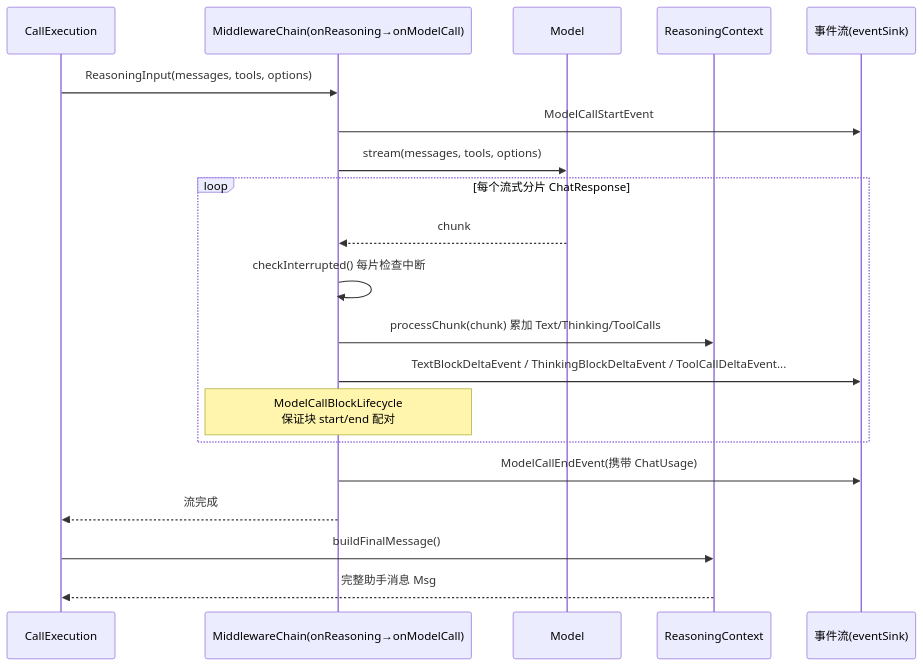
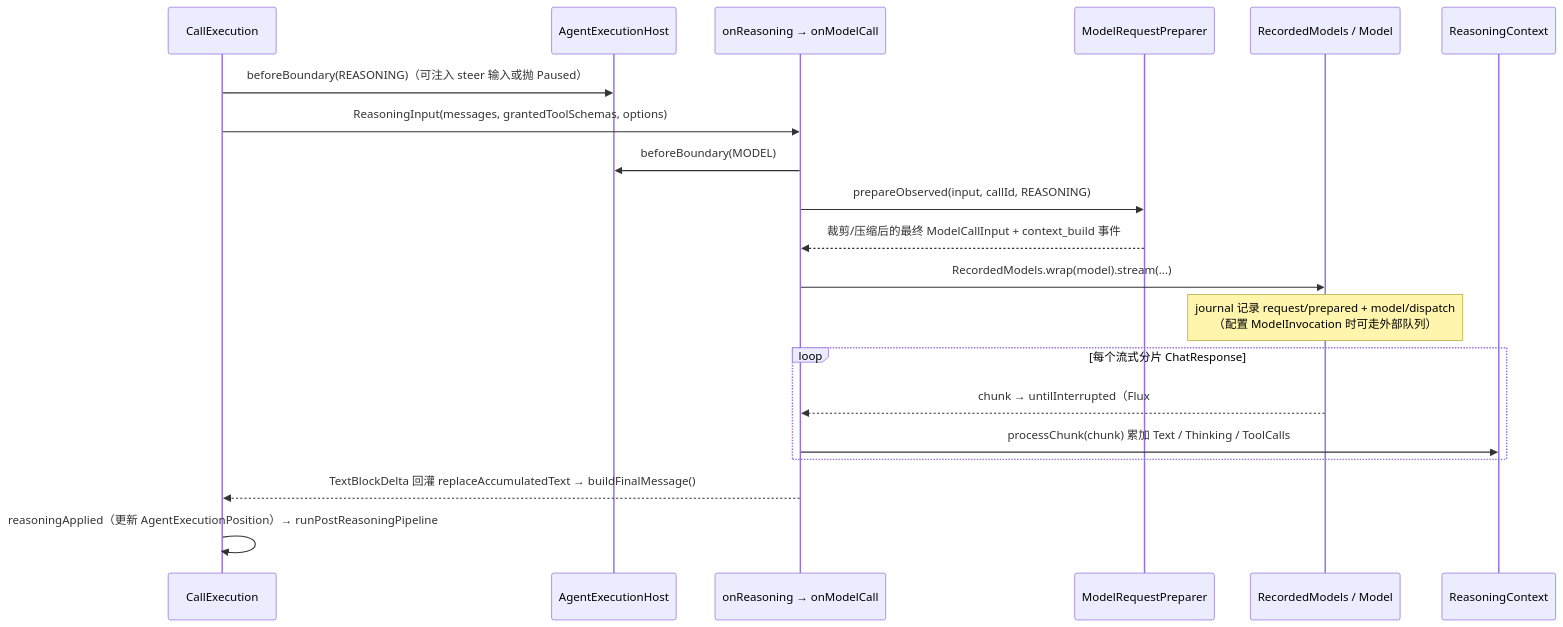
The third of 4 diagrams in 03-ReAct主循环.md (liulangjietou/AgentScope-source-analysis), drawn with Mermaid before and after one commit. The commit also changed other lines of this file and 14 other files, not shown here.

````diff
--- a/03-ReAct主循环.md
+++ b/03-ReAct主循环.md
@@ -159,23 +110,23 @@
 ```mermaid
 sequenceDiagram
     participant R as CallExecution#reasoning
-    participant MW as MiddlewareChain(onReasoning→onModelCall)
-    participant M as Model#stream（第 5 章）
-    participant RC as ReasoningContext
-    participant SINK as 事件流(eventSink)
+    participant HOST as AgentExecutionHost
+    participant MW as onReasoning → onModelCall
+    participant PREP as ModelRequestPreparer
+    participant REC as RecordedModels / Model#stream
+    participant ACC as ReasoningContext
 
-    R->>MW: ReasoningInput(messages, tools, options)
-    MW->>SINK: ModelCallStartEvent
-    MW->>M: stream(messages, tools, options)
+    R->>HOST: beforeBoundary(REASONING)（可注入 steer 输入或抛 Paused）
+    R->>MW: ReasoningInput(messages, grantedToolSchemas, options)
+    MW->>HOST: beforeBoundary(MODEL)
+    MW->>PREP: prepareObserved(input, callId, REASONING)
+    PREP-->>MW: 裁剪/压缩后的最终 ModelCallInput + context_build 事件
+    MW->>REC: RecordedModels.wrap(model).stream(...)
+    Note over REC: journal 记录 request/prepared + model/dispatch<br/>（配置 ModelInvocation 时可走外部队列）
     loop 每个流式分片 ChatResponse
-        M-->>MW: chunk
-        MW->>MW: checkInterrupted()  每片检查中断
-        MW->>RC: processChunk(chunk) 累加 Text/Thinking/ToolCalls
-        MW->>SINK: TextBlockDeltaEvent / ThinkingBlockDeltaEvent / ToolCallDeltaEvent...
-        Note over MW: ModelCallBlockLifecycle<br/>保证块 start/end 配对
+        REC-->>MW: chunk → untilInterrupted（Flux#handle 同步判中断 #4088）
+        MW->>ACC: processChunk(chunk) 累加 Text / Thinking / ToolCalls
     end
-    MW->>SINK: ModelCallEndEvent(携带 ChatUsage)
-    MW-->>R: 流完成
-    R->>RC: buildFinalMessage()
-    RC-->>R: 完整助手消息 Msg
+    MW-->>R: TextBlockDelta 回灌 replaceAccumulatedText → buildFinalMessage()
+    R->>R: reasoningApplied（更新 AgentExecutionPosition）→ runPostReasoningPipeline
 ```
````
